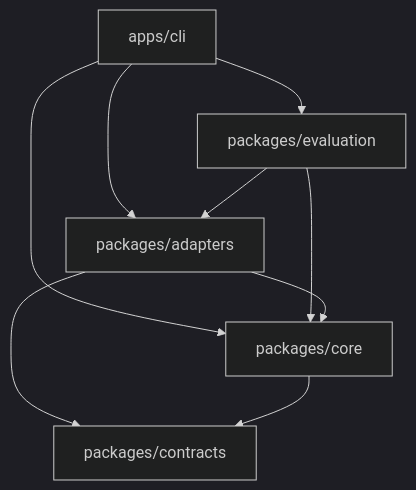
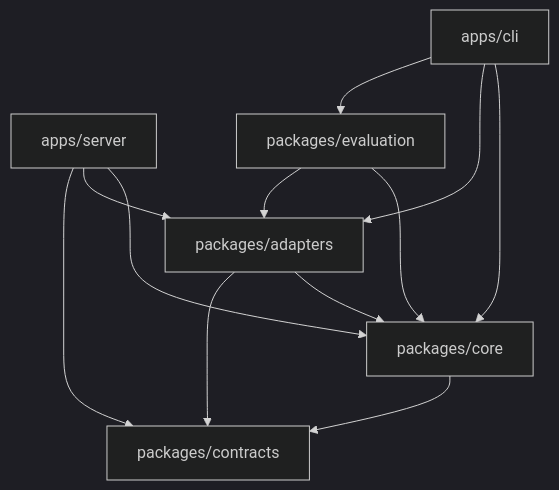
The diagram in docs/architecture/module-boundaries.md (yukiyuki1900/taskWeave), drawn with Mermaid (dark theme) before and after one commit. The commit also changed other lines of this file and 72 other files, not shown here.

````diff
--- a/docs/architecture/module-boundaries.md
+++ b/docs/architecture/module-boundaries.md
@@ -47,11 +54,14 @@
 ```mermaid
 flowchart TD
+  Server[apps/server] --> Core
+  Server --> Adapters
+  Server --> Contracts
   CLI[apps/cli] --> Core[packages/core]
   CLI --> Adapters[packages/adapters]
   CLI --> Eval[packages/evaluation]
   Eval --> Core
   Eval --> Adapters
   Adapters --> Core
   Adapters --> Contracts[packages/contracts]
   Core --> Contracts
 ```
````
